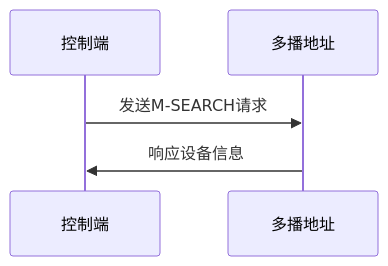
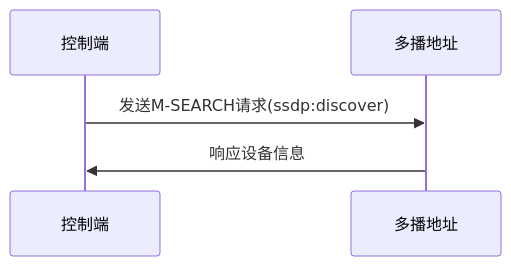
The first of 3 diagrams in content/posts/网络-ssdp协议/doc.md (lambertxiao/ablog), drawn with Mermaid before and after one commit. The commit also changed other lines of this file and 3 other files, not shown here.

```diff
--- a/content/posts/网络-ssdp协议/doc.md
+++ b/content/posts/网络-ssdp协议/doc.md
@@ -25,7 +27,7 @@
 {{<mermaid>}}
 sequenceDiagram
     participant 控制端
     participant 多播地址
-    控制端 ->> 多播地址: 发送M-SEARCH请求
+    控制端 ->> 多播地址: 发送M-SEARCH请求(ssdp:discover)
     多播地址 ->> 控制端: 响应设备信息
 {{</mermaid>}}
```
